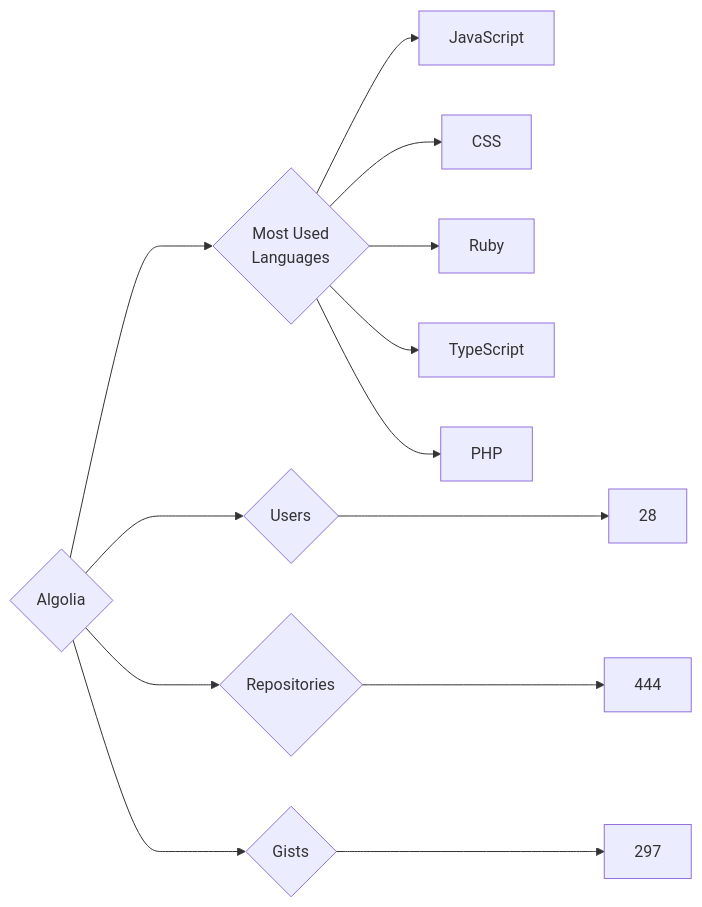
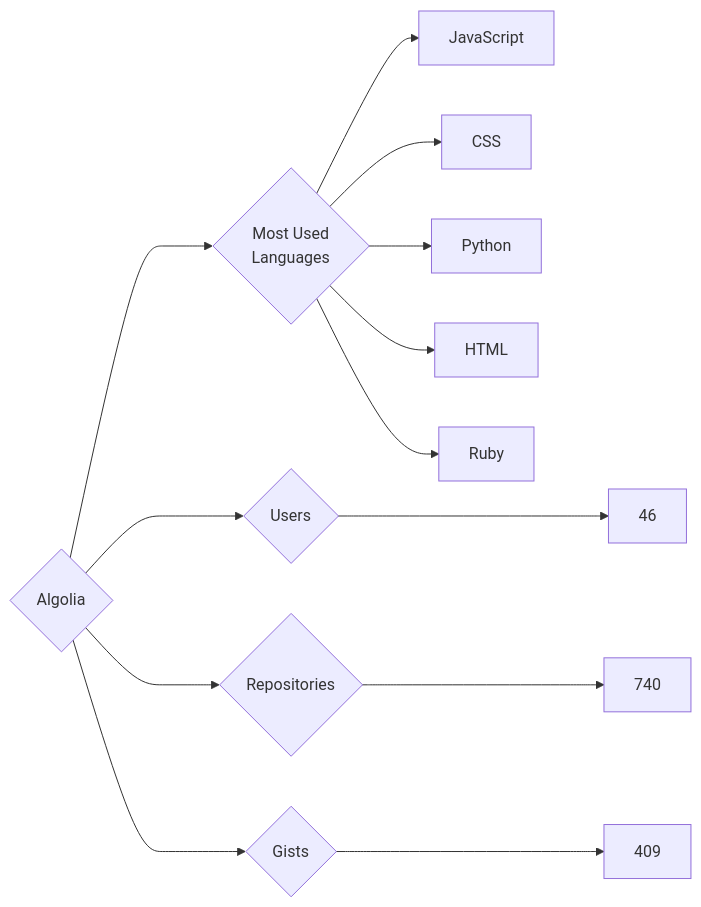
One commit to trickest/insiders changed the diagram in targets/Algolia/README.md. Above: the diagram before and after it, drawn with Mermaid. The commit also changed 809 other files, not shown here.

````diff
--- a/targets/Algolia/README.md
+++ b/targets/Algolia/README.md
@@ -3,13 +3,13 @@
 ```mermaid
 graph LR
 COMPANY_NAME{Algolia}
-COMPANY_NAME ---> U{Users} ---> UN[28]
-COMPANY_NAME ---> R{Repositories} ---> RN[444]
-COMPANY_NAME ---> G{Gists} ---> GN[297]
+COMPANY_NAME ---> U{Users} ---> UN[46]
+COMPANY_NAME ---> R{Repositories} ---> RN[740]
+COMPANY_NAME ---> G{Gists} ---> GN[409]
 COMPANY_NAME ---> ML{Most Used<br>Languages}
 ML --> JavaScript[JavaScript]
 ML --> CSS[CSS]
+ML --> Python[Python]
+ML --> HTML[HTML]
 ML --> Ruby[Ruby]
-ML --> TypeScript[TypeScript]
-ML --> PHP[PHP]
 ```
````
